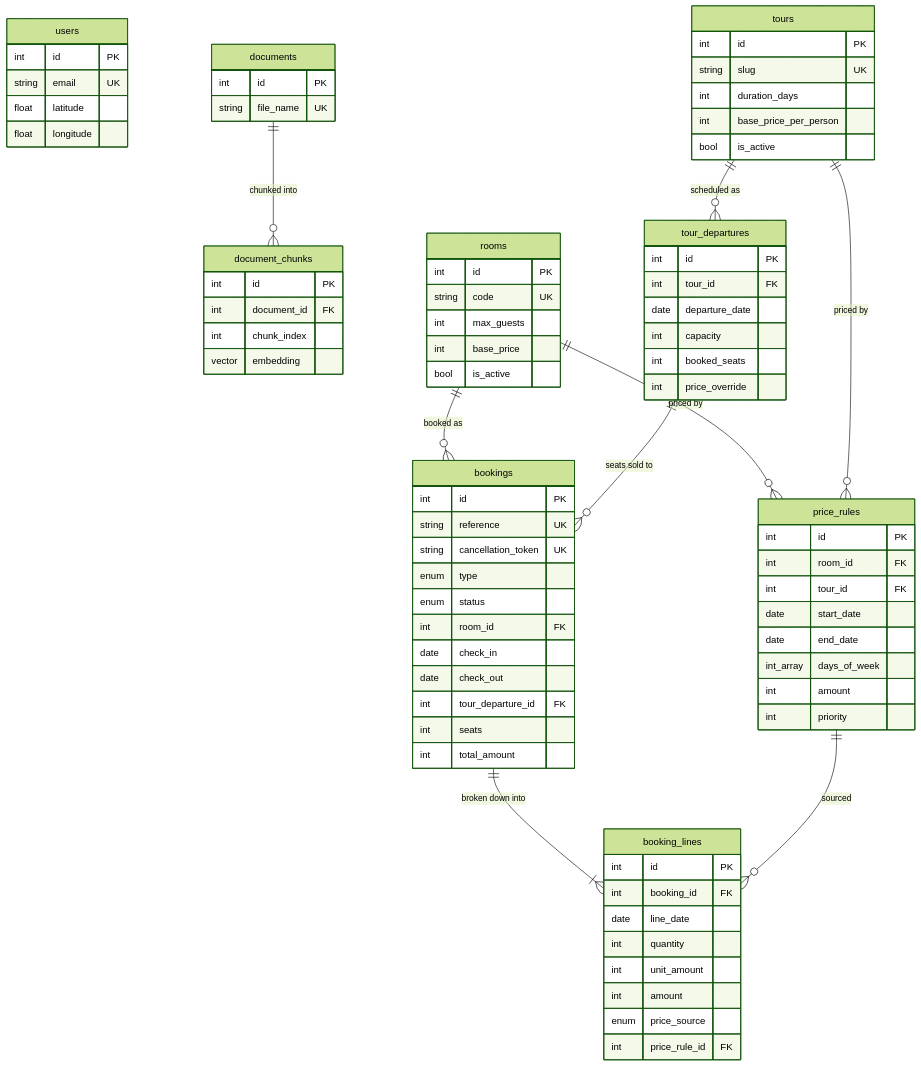
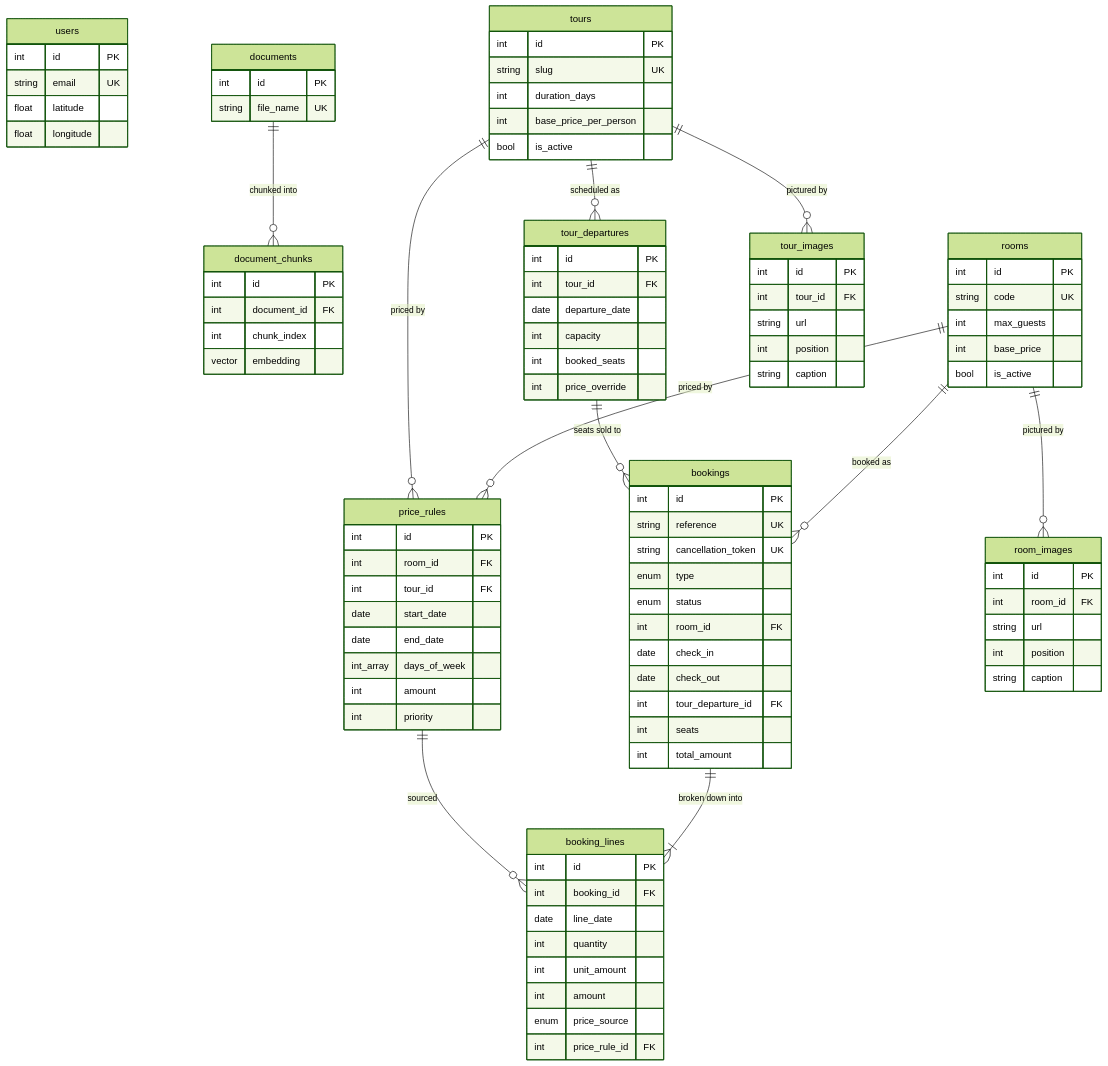
One commit to hahan1401/nest-clean-architecture changed the diagram in docs/database.md. Above: the diagram before and after it, drawn with Mermaid (forest theme). The commit also changed other lines of this file and 1 other file, not shown here.

First line of the commit message:
docs: document room_images and tour_images

```diff
--- a/docs/database.md
+++ b/docs/database.md
@@ -74,8 +74,10 @@
 
     rooms ||--o{ bookings : "booked as"
     rooms ||--o{ price_rules : "priced by"
+    rooms ||--o{ room_images : "pictured by"
     tours ||--o{ tour_departures : "scheduled as"
     tours ||--o{ price_rules : "priced by"
+    tours ||--o{ tour_images : "pictured by"
     tour_departures ||--o{ bookings : "seats sold to"
     bookings ||--|{ booking_lines : "broken down into"
     price_rules ||--o{ booking_lines : "sourced"
@@ -87,12 +89,26 @@
         int base_price
         bool is_active
     }
+    room_images {
+        int id PK
+        int room_id FK
+        string url
+        int position
+        string caption
+    }
     tours {
         int id PK
         string slug UK
         int duration_days
         int base_price_per_person
         bool is_active
+    }
+    tour_images {
+        int id PK
+        int tour_id FK
+        string url
+        int position
+        string caption
     }
     tour_departures {
         int id PK
```
